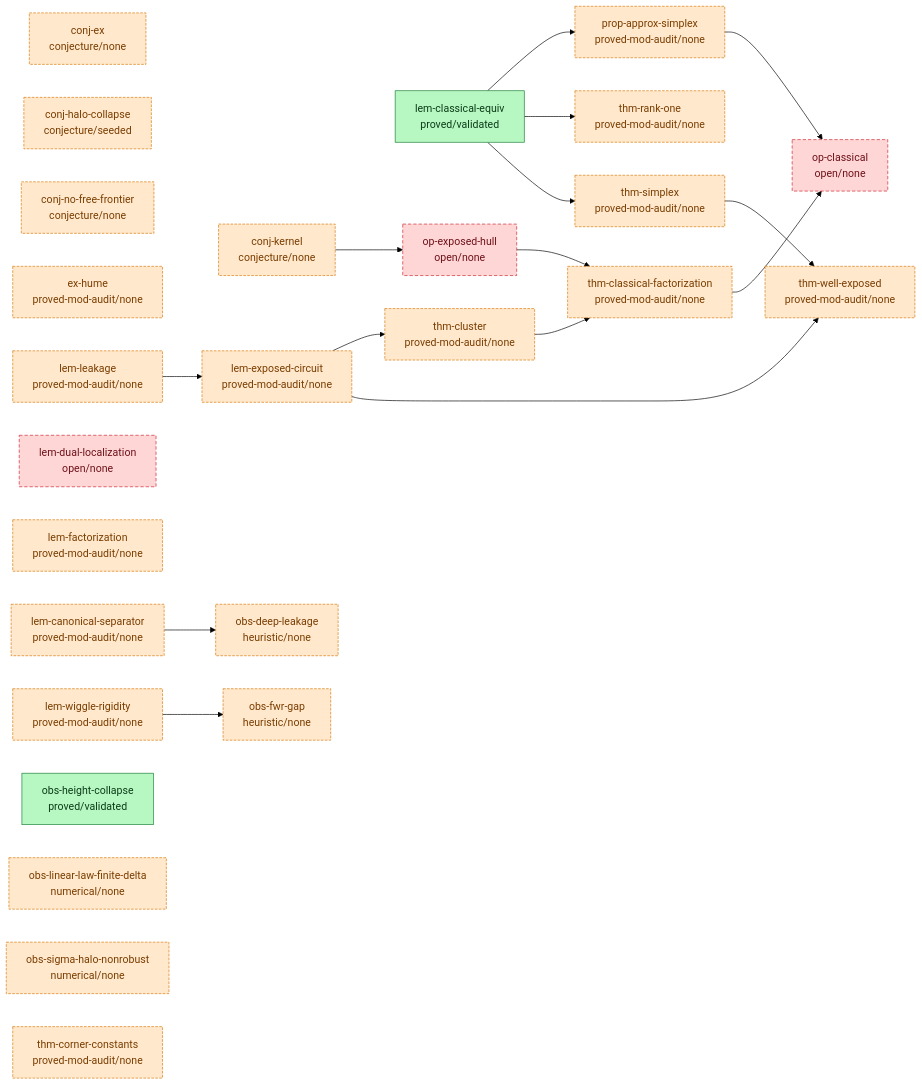
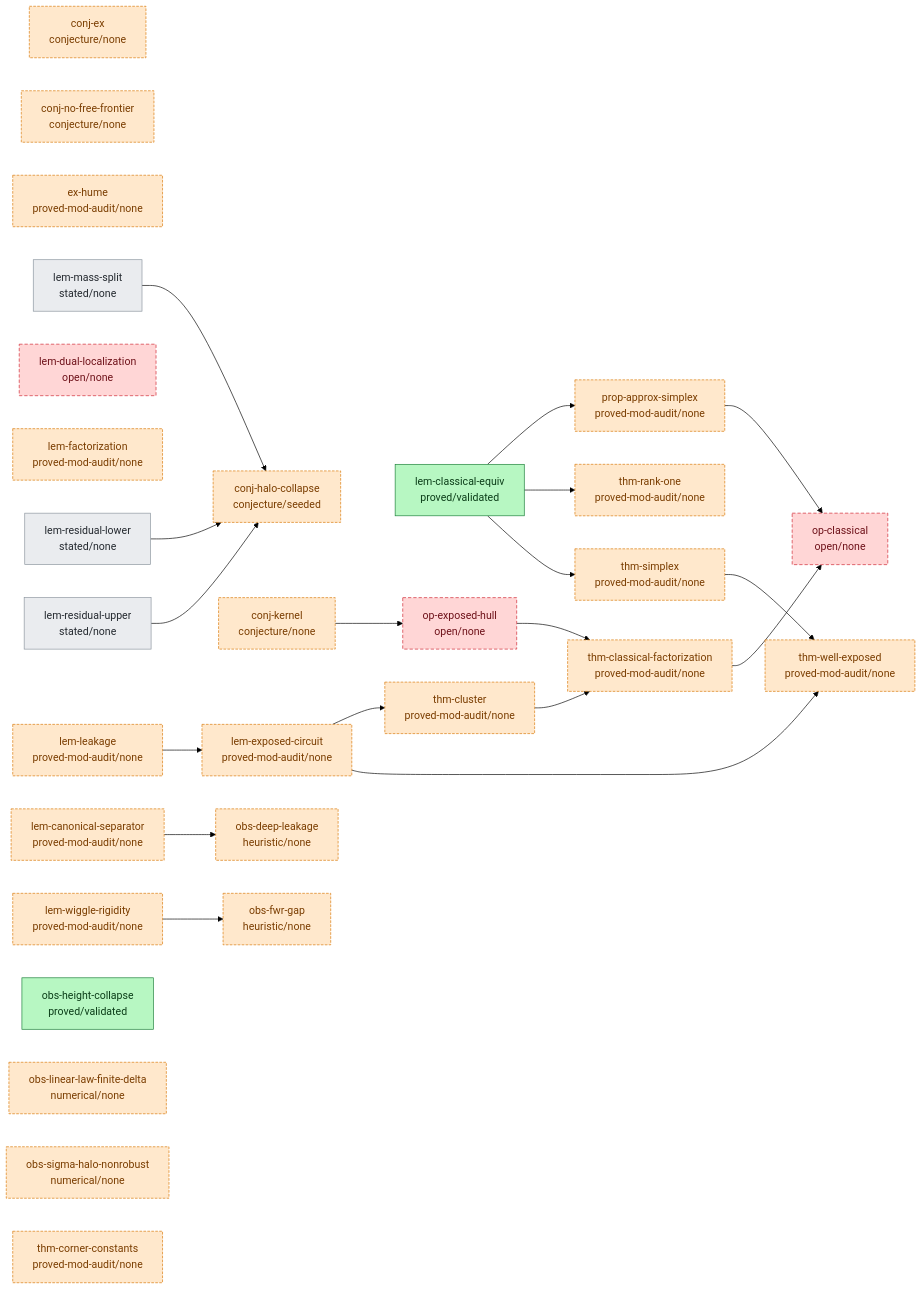
Before and after one commit to tobiasosborne/almost-idempotent-stochastic-maps: the diagram in argument/DAG.md, drawn with Mermaid (forest theme). The commit also changed other lines of this file and 5 other files, not shown here.

````diff
--- a/argument/DAG.md
+++ b/argument/DAG.md
@@ -6,53 +6,60 @@
 ```mermaid
 graph LR
   classDef validated fill:#b7f7c2,stroke:#1a7f37,color:#0b3d18;
   classDef proved fill:#cfe3ff,stroke:#0969da,color:#0a3069;
   classDef seeded fill:#fff3c4,stroke:#bf8700,color:#5a4500;
   classDef stated fill:#eaecef,stroke:#8b949e,color:#24292f;
   classDef cited fill:#e7d6ff,stroke:#8250df,color:#3b1a73;
   classDef nonrigorous fill:#ffe8cc,stroke:#d97706,color:#7a3d00,stroke-dasharray:4 2;
   classDef open fill:#ffd6d6,stroke:#cf222e,color:#6e1119,stroke-dasharray:5 3;
   conj-ex["conj-ex<br/>conjecture/none"]
   conj-halo-collapse["conj-halo-collapse<br/>conjecture/seeded"]
   conj-kernel["conj-kernel<br/>conjecture/none"]
   conj-no-free-frontier["conj-no-free-frontier<br/>conjecture/none"]
   ex-hume["ex-hume<br/>proved-mod-audit/none"]
   lem-canonical-separator["lem-canonical-separator<br/>proved-mod-audit/none"]
   lem-classical-equiv["lem-classical-equiv<br/>proved/validated"]
   lem-dual-localization["lem-dual-localization<br/>open/none"]
   lem-exposed-circuit["lem-exposed-circuit<br/>proved-mod-audit/none"]
   lem-factorization["lem-factorization<br/>proved-mod-audit/none"]
   lem-leakage["lem-leakage<br/>proved-mod-audit/none"]
+  lem-mass-split["lem-mass-split<br/>stated/none"]
+  lem-residual-lower["lem-residual-lower<br/>stated/none"]
+  lem-residual-upper["lem-residual-upper<br/>stated/none"]
   lem-wiggle-rigidity["lem-wiggle-rigidity<br/>proved-mod-audit/none"]
   obs-deep-leakage["obs-deep-leakage<br/>heuristic/none"]
   obs-fwr-gap["obs-fwr-gap<br/>heuristic/none"]
   obs-height-collapse["obs-height-collapse<br/>proved/validated"]
   obs-linear-law-finite-delta["obs-linear-law-finite-delta<br/>numerical/none"]
   obs-sigma-halo-nonrobust["obs-sigma-halo-nonrobust<br/>numerical/none"]
   op-classical["op-classical<br/>open/none"]
   op-exposed-hull["op-exposed-hull<br/>open/none"]
   prop-approx-simplex["prop-approx-simplex<br/>proved-mod-audit/none"]
   thm-classical-factorization["thm-classical-factorization<br/>proved-mod-audit/none"]
   thm-cluster["thm-cluster<br/>proved-mod-audit/none"]
   thm-corner-constants["thm-corner-constants<br/>proved-mod-audit/none"]
   thm-rank-one["thm-rank-one<br/>proved-mod-audit/none"]
   thm-simplex["thm-simplex<br/>proved-mod-audit/none"]
   thm-well-exposed["thm-well-exposed<br/>proved-mod-audit/none"]
   conj-kernel --> op-exposed-hull
   lem-canonical-separator --> obs-deep-leakage
   lem-classical-equiv --> prop-approx-simplex
   lem-classical-equiv --> thm-rank-one
   lem-classical-equiv --> thm-simplex
   lem-exposed-circuit --> thm-cluster
   lem-exposed-circuit --> thm-well-exposed
   lem-leakage --> lem-exposed-circuit
+  lem-mass-split --> conj-halo-collapse
+  lem-residual-lower --> conj-halo-collapse
+  lem-residual-upper --> conj-halo-collapse
   lem-wiggle-rigidity --> obs-fwr-gap
   op-exposed-hull --> thm-classical-factorization
   prop-approx-simplex --> op-classical
   thm-classical-factorization --> op-classical
   thm-cluster --> thm-classical-factorization
   thm-simplex --> thm-well-exposed
   class lem-classical-equiv,obs-height-collapse validated;
+  class lem-mass-split,lem-residual-lower,lem-residual-upper stated;
   class conj-ex,conj-halo-collapse,conj-kernel,conj-no-free-frontier,ex-hume,lem-canonical-separator,lem-exposed-circuit,lem-factorization,lem-leakage,lem-wiggle-rigidity,obs-deep-leakage,obs-fwr-gap,obs-linear-law-finite-delta,obs-sigma-halo-nonrobust,prop-approx-simplex,thm-classical-factorization,thm-cluster,thm-corner-constants,thm-rank-one,thm-simplex,thm-well-exposed nonrigorous;
   class lem-dual-localization,op-classical,op-exposed-hull open;
 ```
````
